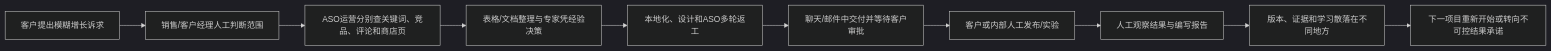
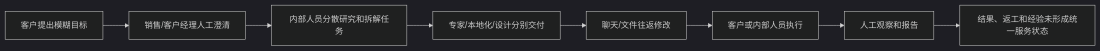
Before and after one commit to linkaka970105/ai-pm-adops-copilot: the first of 2 diagrams in 01_product_direction/全球_ASO_与本地化增长_Agent_产品方向确认_v2.md, drawn with Mermaid (dark theme). The commit also changed other lines of this file and 1 other file, not shown here.

````diff
--- a/01_product_direction/全球_ASO_与本地化增长_Agent_产品方向确认_v2.md
+++ b/01_product_direction/全球_ASO_与本地化增长_Agent_产品方向确认_v2.md
@@ -423,12 +390,10 @@
 ```mermaid
 flowchart LR
-    A[客户提出模糊增长诉求] --> B[销售/客户经理人工判断范围]
-    B --> C[ASO运营分别查关键词、竞品、评论和商店页]
-    C --> D[表格/文档整理与专家凭经验决策]
-    D --> E[本地化、设计和ASO多轮返工]
-    E --> F[聊天/邮件中交付并等待客户审批]
-    F --> G[客户或内部人工发布/实验]
-    G --> H[人工观察结果与编写报告]
-    H --> I[版本、证据和学习散落在不同地方]
-    I --> J[下一项目重新开始或转向不可控结果承诺]
+    A[客户提出模糊目标] --> B[销售/客户经理人工澄清]
+    B --> C[内部人员分散研究和拆解任务]
+    C --> D[专家/本地化/设计分别交付]
+    D --> E[聊天/文件往返修改]
+    E --> F[客户或内部人员执行]
+    F --> G[人工观察和报告]
+    G --> H[结果、返工和经验未形成统一服务状态]
 ```
````
